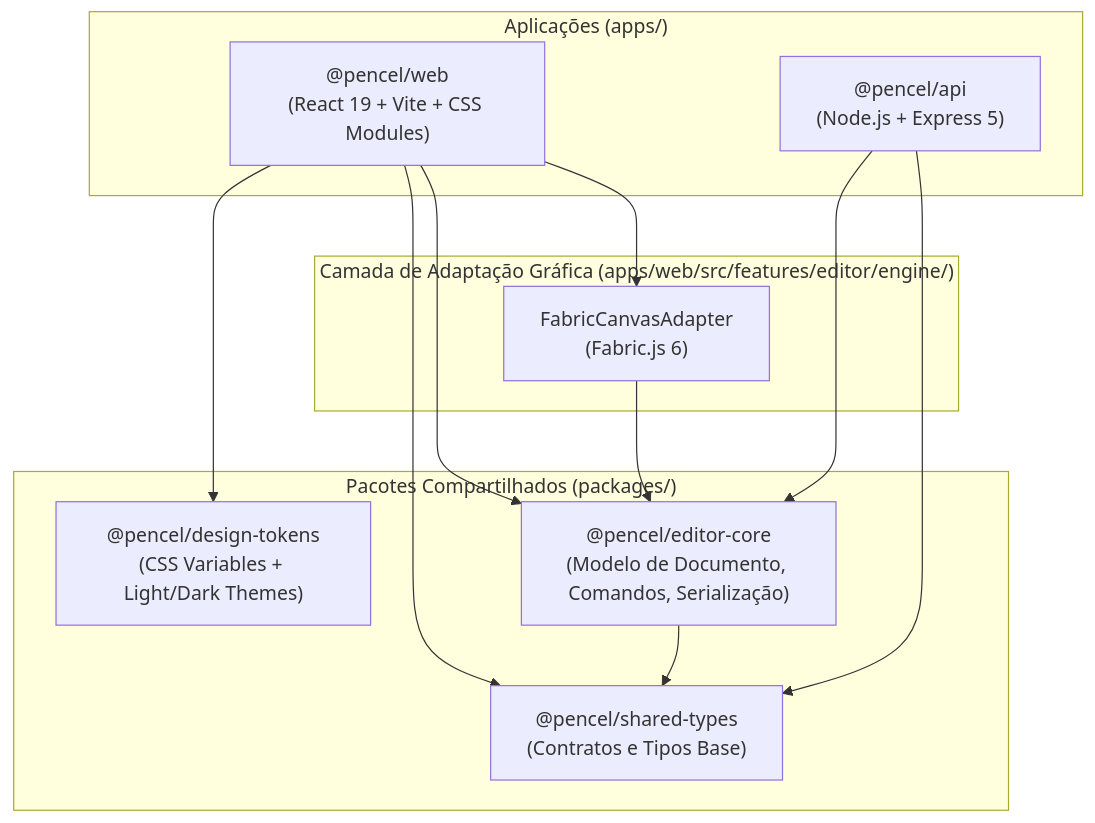
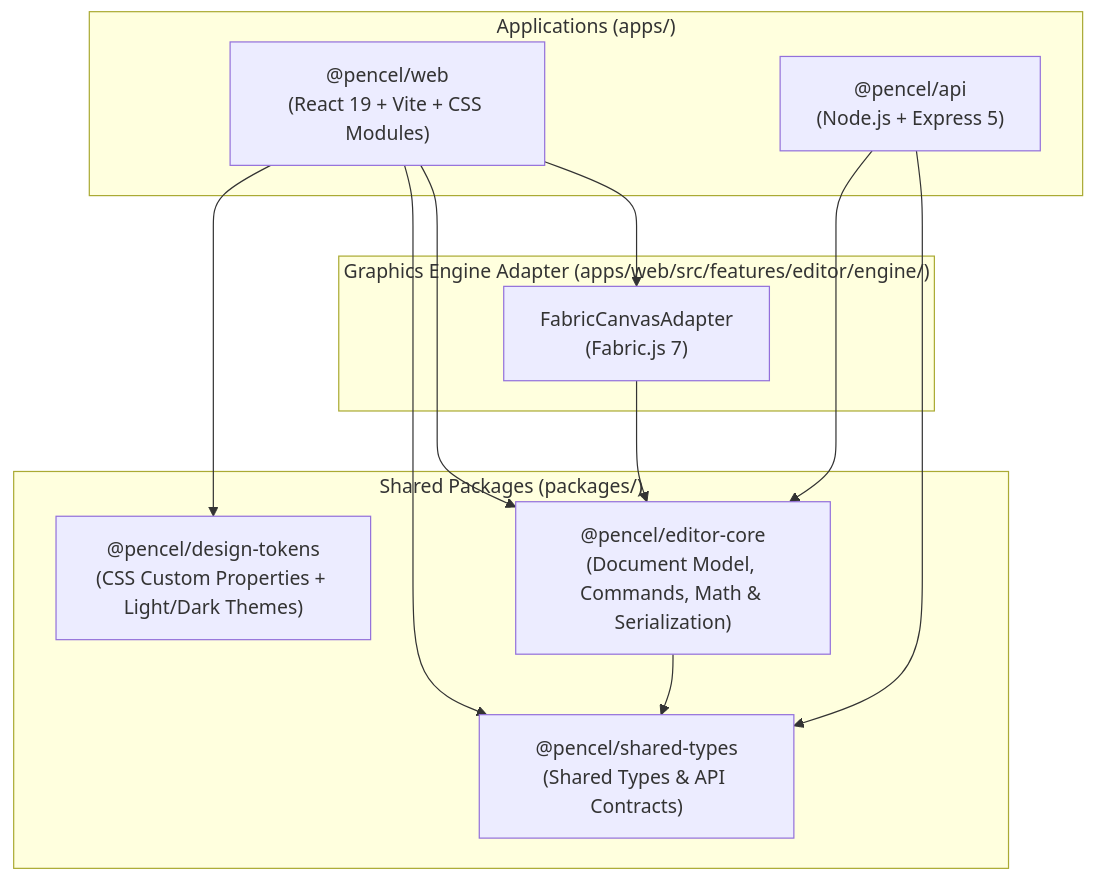
One commit to tharlesc/pencel changed the diagram in docs/architecture/overview.md. Above: the diagram before and after it, drawn with Mermaid. The commit also changed other lines of this file and 20 other files, not shown here.

````diff
--- a/docs/architecture/overview.md
+++ b/docs/architecture/overview.md
@@ -9,26 +9,26 @@
 ```mermaid
 flowchart TD
-    subgraph Apps["Aplicações (apps/)"]
+    subgraph Apps["Applications (apps/)"]
         WEB["@pencel/web\n(React 19 + Vite + CSS Modules)"]
         API["@pencel/api\n(Node.js + Express 5)"]
     end
 
-    subgraph Engine["Camada de Adaptação Gráfica (apps/web/src/features/editor/engine/)"]
-        FABRIC["FabricCanvasAdapter\n(Fabric.js 6)"]
+    subgraph Engine["Graphics Engine Adapter (apps/web/src/features/editor/engine/)"]
+        FABRIC["FabricCanvasAdapter\n(Fabric.js 7)"]
     end
 
-    subgraph Packages["Pacotes Compartilhados (packages/)"]
-        TOKENS["@pencel/design-tokens\n(CSS Variables + Light/Dark Themes)"]
-        CORE["@pencel/editor-core\n(Modelo de Documento, Comandos, Serialização)"]
-        TYPES["@pencel/shared-types\n(Contratos e Tipos Base)"]
+    subgraph Packages["Shared Packages (packages/)"]
+        TOKENS["@pencel/design-tokens\n(CSS Custom Properties + Light/Dark Themes)"]
+        CORE["@pencel/editor-core\n(Document Model, Commands, Math & Serialization)"]
+        TYPES["@pencel/shared-types\n(Shared Types & API Contracts)"]
     end
 
     WEB --> TOKENS
     WEB --> CORE
     WEB --> TYPES
     WEB --> FABRIC
     FABRIC --> CORE
     CORE --> TYPES
     API --> TYPES
     API --> CORE
 ```
````
